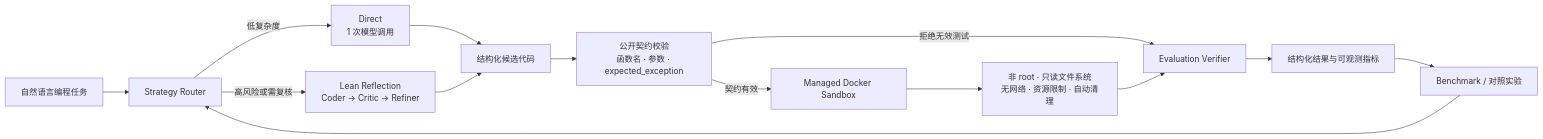
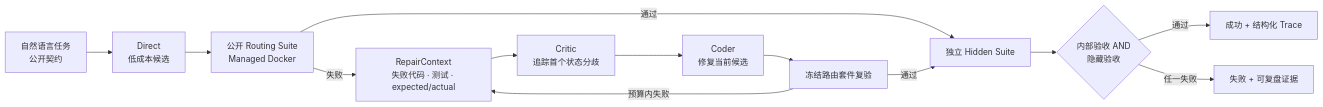
The diagram in docs/portfolio-showcase.md (PVRTPVRT/agent-loop-reflection), drawn with Mermaid before and after one commit. The commit also changed other lines of this file and 7 other files, not shown here.

````diff
--- a/docs/portfolio-showcase.md
+++ b/docs/portfolio-showcase.md
@@ -8,17 +8,15 @@
 ```mermaid
 flowchart LR
-    A["自然语言编程任务"] --> B["Strategy Router"]
-    B -->|低复杂度| C["Direct<br/>1 次模型调用"]
-    B -->|高风险或需复核| D["Lean Reflection<br/>Coder → Critic → Refiner"]
-
-    C --> E["结构化候选代码"]
-    D --> E
-    E --> F["公开契约校验<br/>函数名 · 参数 · expected_exception"]
-    F -->|拒绝无效测试| G["Evaluation Verifier"]
-    F -->|契约有效| H["Managed Docker Sandbox"]
-    H --> I["非 root · 只读文件系统<br/>无网络 · 资源限制 · 自动清理"]
-    I --> G
-    G --> J["结构化结果与可观测指标"]
-    J --> K["Benchmark / 对照实验"]
-    K --> B
+    A["自然语言任务<br/>公开契约"] --> B["Direct<br/>低成本候选"]
+    B --> C["公开 Routing Suite<br/>Managed Docker"]
+    C -->|通过| H["独立 Hidden Suite"]
+    C -->|失败| D["RepairContext<br/>失败代码 · 测试 · expected/actual"]
+    D --> E["Critic<br/>追踪首个状态分歧"]
+    E --> F["Coder<br/>修复当前候选"]
+    F --> G["冻结路由套件复验"]
+    G -->|预算内失败| D
+    G -->|通过| H
+    H --> I{"内部验收 AND<br/>隐藏验收"}
+    I -->|通过| J["成功 + 结构化 Trace"]
+    I -->|任一失败| K["失败 + 可复盘证据"]
 ```
````
